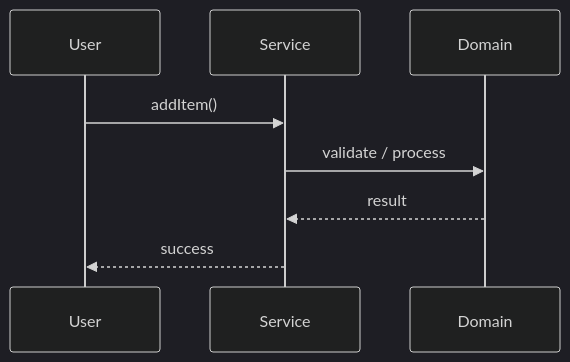
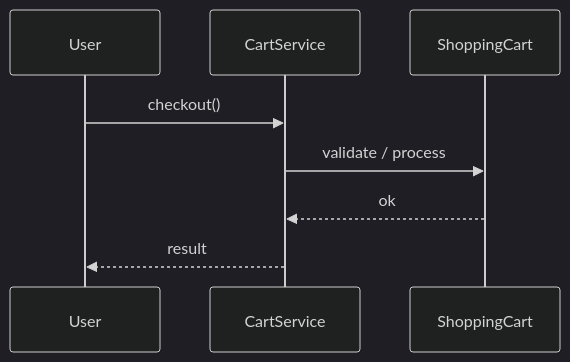
The second of 3 diagrams in Learn/System Design - Low Level Design/02-classic-ood/questions/Q22-shopping-cart.md (madhupaila/Interview-Prep-SSE), drawn with Mermaid (dark theme) before and after one commit. The commit also changed other lines of this file and 491 other files, not shown here.

````diff
--- a/Learn/System Design - Low Level Design/02-classic-ood/questions/Q22-shopping-cart.md
+++ b/Learn/System Design - Low Level Design/02-classic-ood/questions/Q22-shopping-cart.md
@@ -122,10 +148,10 @@
 ```mermaid
 sequenceDiagram
-    participant U as User
-    participant S as Service
-    participant D as Domain
-    U->>S: addItem()
-    S->>D: validate / process
-    D-->>S: result
-    S-->>U: success
+participant U as User
+participant S as CartService
+participant D as ShoppingCart
+U->>S: checkout()
+S->>D: validate / process
+D-->>S: ok
+S-->>U: result
 ```
````
